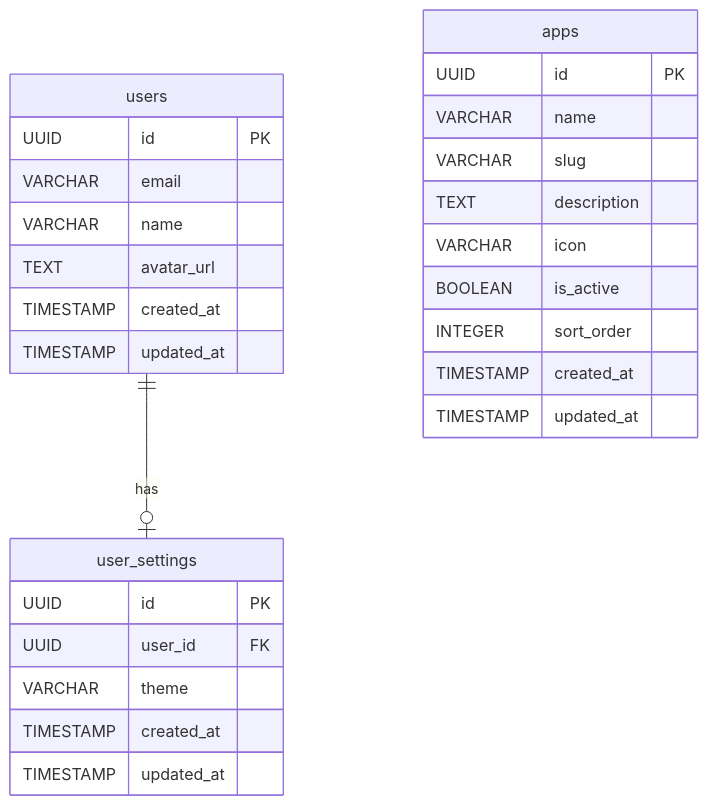
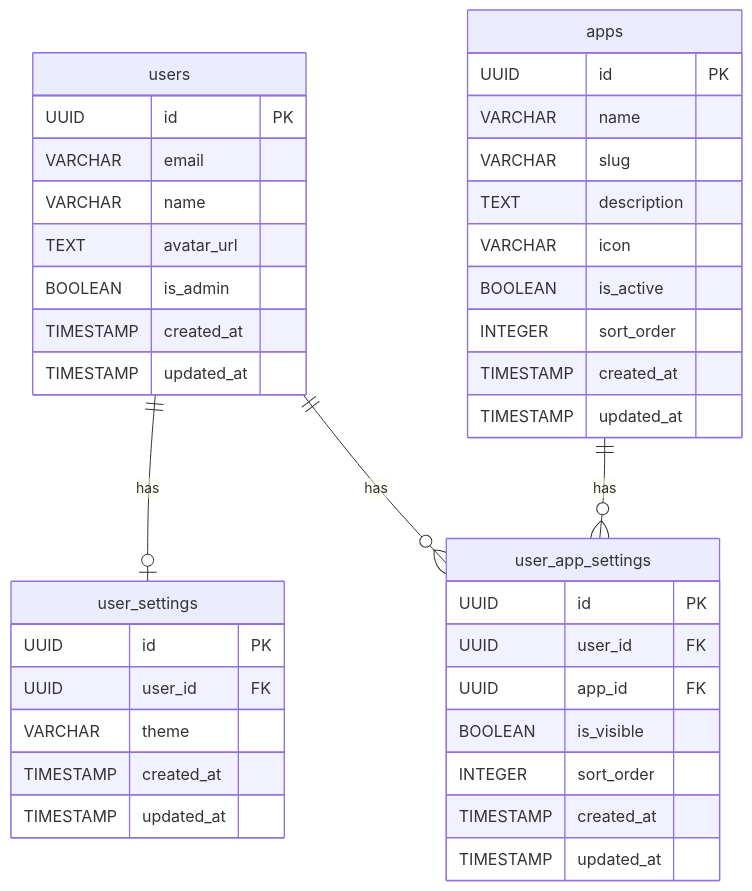
One commit to kwutx/harborix changed the diagram in docs/02_基本設計/BSD-001-02_harborix基盤_DB設計.md. Above: the diagram before and after it, drawn with Mermaid. The commit also changed other lines of this file and 17 other files, not shown here.

````diff
--- a/docs/02_基本設計/BSD-001-02_harborix基盤_DB設計.md
+++ b/docs/02_基本設計/BSD-001-02_harborix基盤_DB設計.md
@@ -74,33 +88,46 @@
 ```mermaid
 erDiagram
     users ||--o| user_settings : has
+    users ||--o{ user_app_settings : has
+    apps ||--o{ user_app_settings : has
 
     users {
         UUID id PK
         VARCHAR email
         VARCHAR name
         TEXT avatar_url
+        BOOLEAN is_admin
         TIMESTAMP created_at
         TIMESTAMP updated_at
     }
 
     user_settings {
         UUID id PK
         UUID user_id FK
         VARCHAR theme
         TIMESTAMP created_at
         TIMESTAMP updated_at
     }
 
     apps {
         UUID id PK
         VARCHAR name
         VARCHAR slug
         TEXT description
         VARCHAR icon
         BOOLEAN is_active
         INTEGER sort_order
         TIMESTAMP created_at
         TIMESTAMP updated_at
     }
+
+    user_app_settings {
+        UUID id PK
+        UUID user_id FK
+        UUID app_id FK
+        BOOLEAN is_visible
+        INTEGER sort_order
+        TIMESTAMP created_at
+        TIMESTAMP updated_at
+    }
 ```
````
